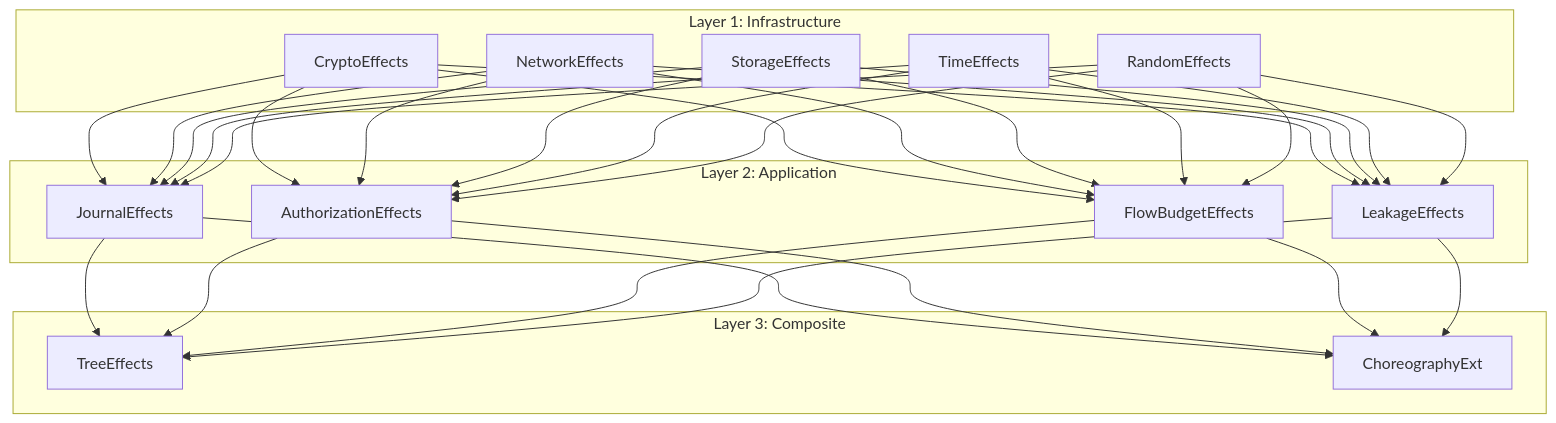
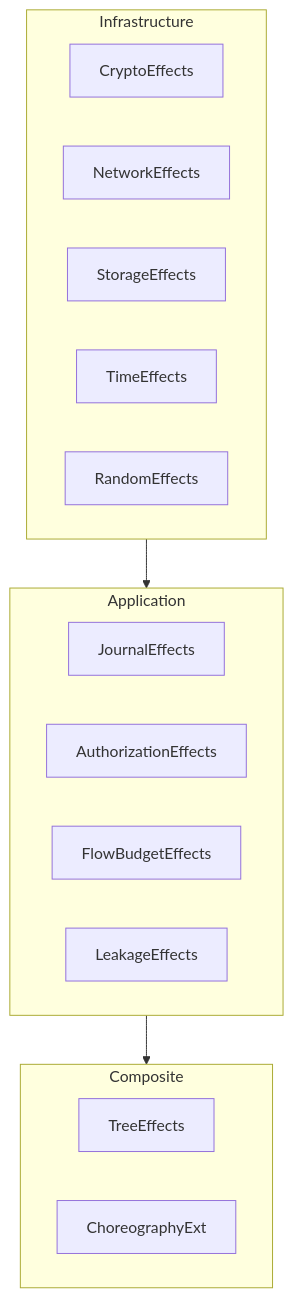
Before and after one commit to hxrts/aura: the third of 5 diagrams in docs/001_system_architecture.md, drawn with Mermaid.

Commit message:
docs: simplify effect system mermaid diagram

````diff
--- a/docs/001_system_architecture.md
+++ b/docs/001_system_architecture.md
@@ -178,25 +178,24 @@
 ```mermaid
 flowchart TB
-    subgraph "Layer 1: Infrastructure"
+    subgraph L3["Composite"]
+        TRE[TreeEffects]
+        CHE[ChoreographyExt]
+    end
+
+    subgraph L2["Application"]
+        JE[JournalEffects]
+        AE[AuthorizationEffects]
+        FE[FlowBudgetEffects]
+        LE[LeakageEffects]
+    end
+
+    subgraph L1["Infrastructure"]
         CE[CryptoEffects]
         NE[NetworkEffects]
         SE[StorageEffects]
         TE[TimeEffects]
         RE[RandomEffects]
     end
 
-    subgraph "Layer 2: Application"
-        JE[JournalEffects]
-        AE[AuthorizationEffects]
-        FE[FlowBudgetEffects]
-        LE[LeakageEffects]
-    end
-
-    subgraph "Layer 3: Composite"
-        TRE[TreeEffects]
-        CHE[ChoreographyExt]
-    end
-
-    CE & NE & SE & TE & RE --> JE & AE & FE & LE
-    JE & AE & FE & LE --> TRE & CHE
+    L1 --> L2 --> L3
 ```
````
